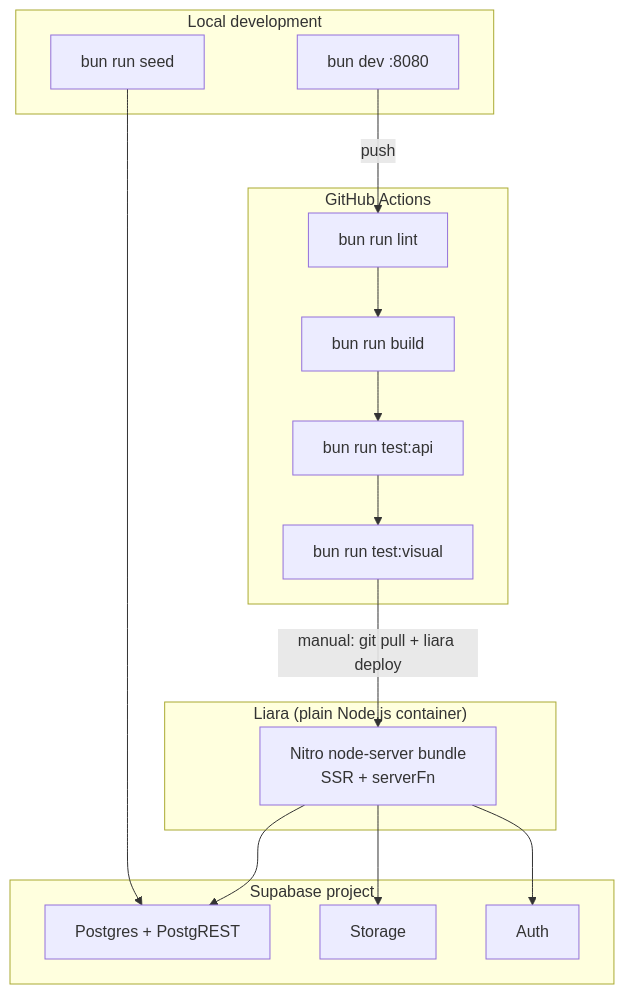
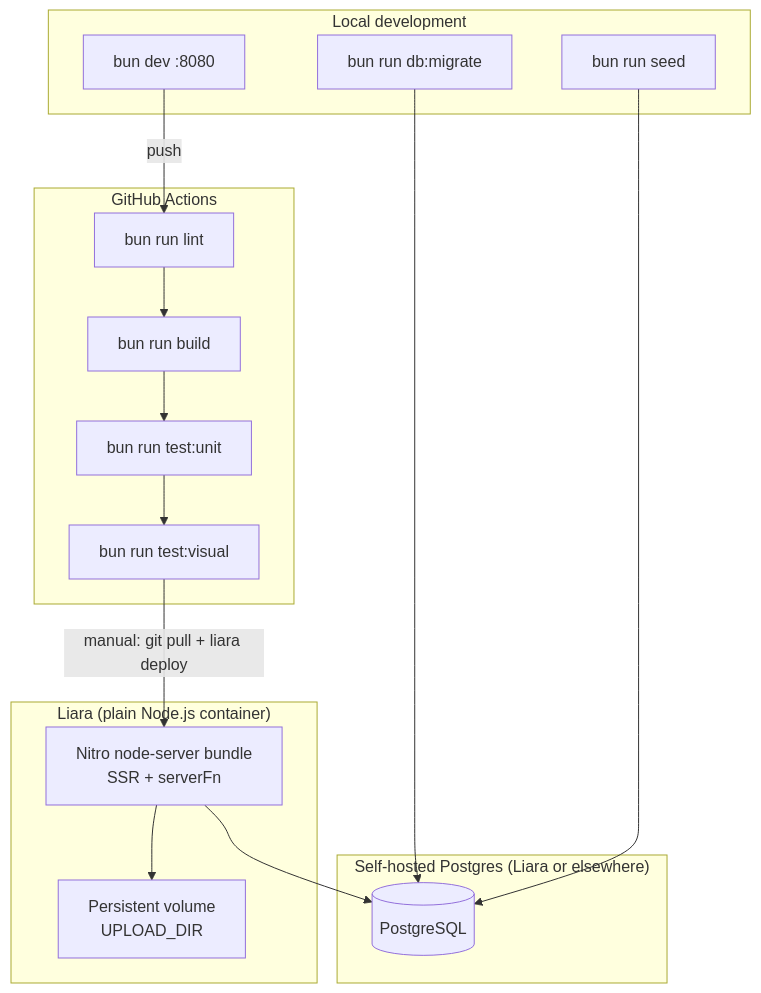
Before and after one commit to daneshavaran2/parkfava: the third of 10 diagrams in README.md, drawn with Mermaid. The commit also changed other lines of this file and 2 other files, not shown here.

````diff
--- a/README.md
+++ b/README.md
@@ -210,31 +236,31 @@
 ```mermaid
 graph TB
   subgraph Dev["Local development"]
     D1[bun dev :8080]
-    D2[bun run seed]
+    D2[bun run db:migrate]
+    D3[bun run seed]
   end
 
   subgraph CI["GitHub Actions"]
     C1[bun run lint]
     C2[bun run build]
-    C3[bun run test:api]
+    C3[bun run test:unit]
     C4[bun run test:visual]
   end
 
   subgraph Prod["Liara (plain Node.js container)"]
     W[Nitro node-server bundle<br/>SSR + serverFn]
+    V[Persistent volume<br/>UPLOAD_DIR]
   end
 
-  subgraph Managed["Supabase project"]
-    M1[Postgres + PostgREST]
-    M2[Storage]
-    M3[Auth]
+  subgraph PG["Self-hosted Postgres (Liara or elsewhere)"]
+    M1[(PostgreSQL)]
   end
 
   D1 -->|push| C1 --> C2 --> C3 --> C4
   C4 -->|manual: git pull + liara deploy| W
   W --> M1
-  W --> M2
-  W --> M3
+  W --> V
   D2 --> M1
+  D3 --> M1
 ```
````
